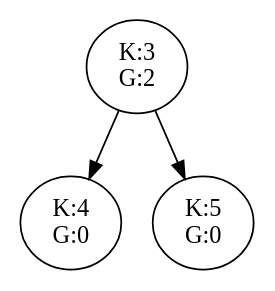
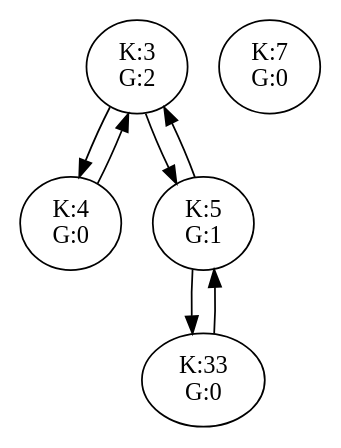
Before and after one commit to CFWLoader/Data-Structure: the diagram in BinomialHeap/testFile.dot, drawn with Graphviz. The commit also changed 6 other files, not shown here.

```diff
--- a/BinomialHeap/testFile.dot
+++ b/BinomialHeap/testFile.dot
@@ -1,7 +1,13 @@
 digraph theGraph{
 	node3[ label = "K:3\nG:2"];
 	node4[ label = "K:4\nG:0"];
-	node5[ label = "K:5\nG:0"];
+	node7[ label = "K:7\nG:0"];
+	node5[ label = "K:5\nG:1"];
+	node33[ label = "K:33\nG:0"];
 	node3->node4
+	node4->node3
 	node3->node5
+	node5->node3
+	node5->node33
+	node33->node5
 }
```
